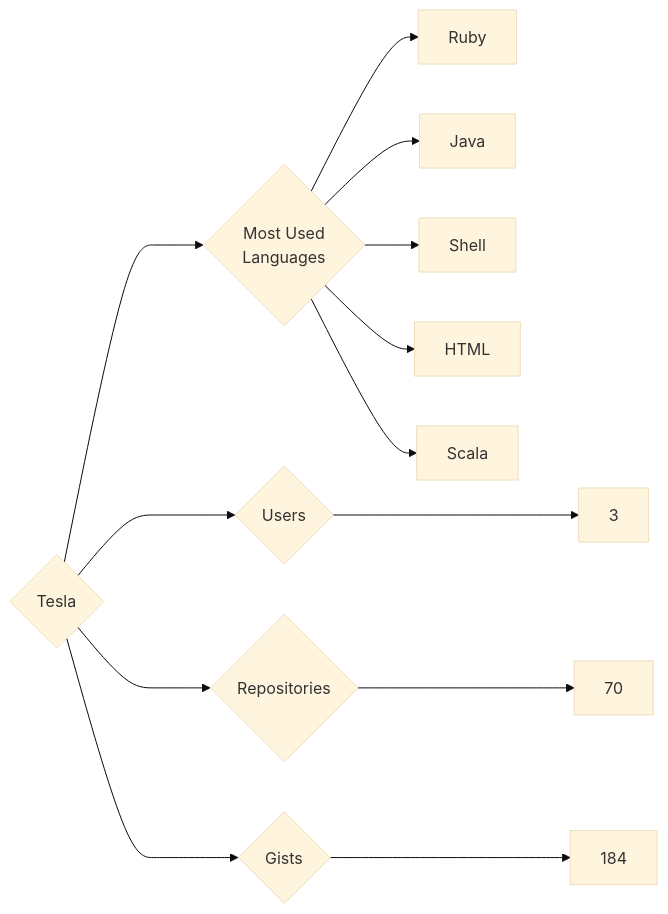
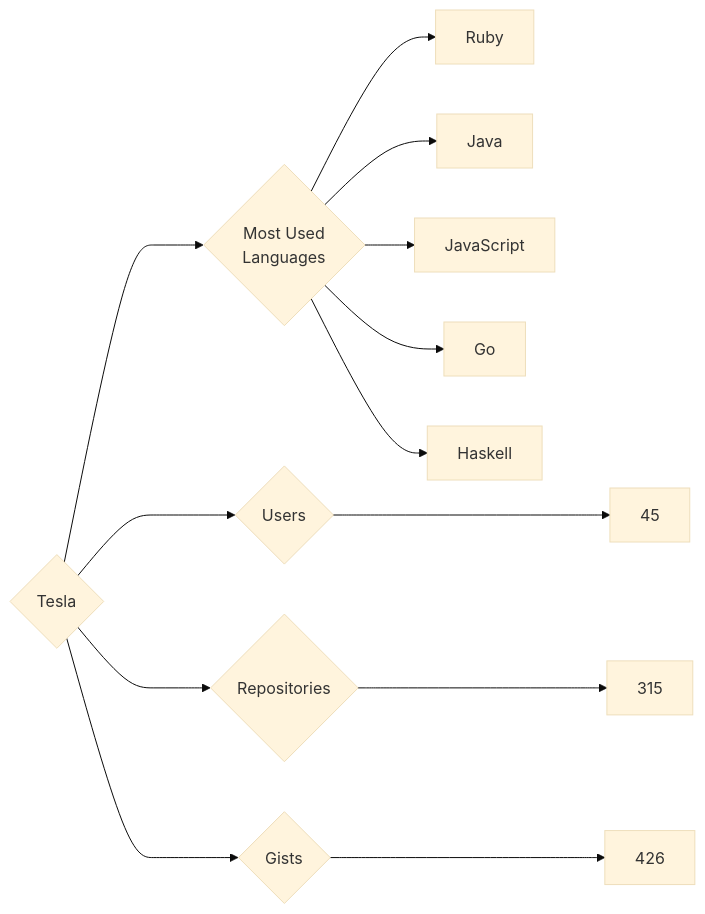
Before and after one commit to trickest/insiders: the diagram in targets/Tesla/README.md, drawn with Mermaid (base theme). The commit also changed 953 other files, not shown here.

````diff
--- a/targets/Tesla/README.md
+++ b/targets/Tesla/README.md
@@ -3,13 +3,13 @@
 ```mermaid
 graph LR
 COMPANY_NAME{Tesla}
-COMPANY_NAME ---> U{Users} ---> UN[3]
-COMPANY_NAME ---> R{Repositories} ---> RN[70]
-COMPANY_NAME ---> G{Gists} ---> GN[184]
+COMPANY_NAME ---> U{Users} ---> UN[45]
+COMPANY_NAME ---> R{Repositories} ---> RN[315]
+COMPANY_NAME ---> G{Gists} ---> GN[426]
 COMPANY_NAME ---> ML{Most Used<br>Languages}
 ML --> Ruby[Ruby]
 ML --> Java[Java]
-ML --> Shell[Shell]
-ML --> HTML[HTML]
-ML --> Scala[Scala]
+ML --> JavaScript[JavaScript]
+ML --> Go[Go]
+ML --> Haskell[Haskell]
 ```
````
